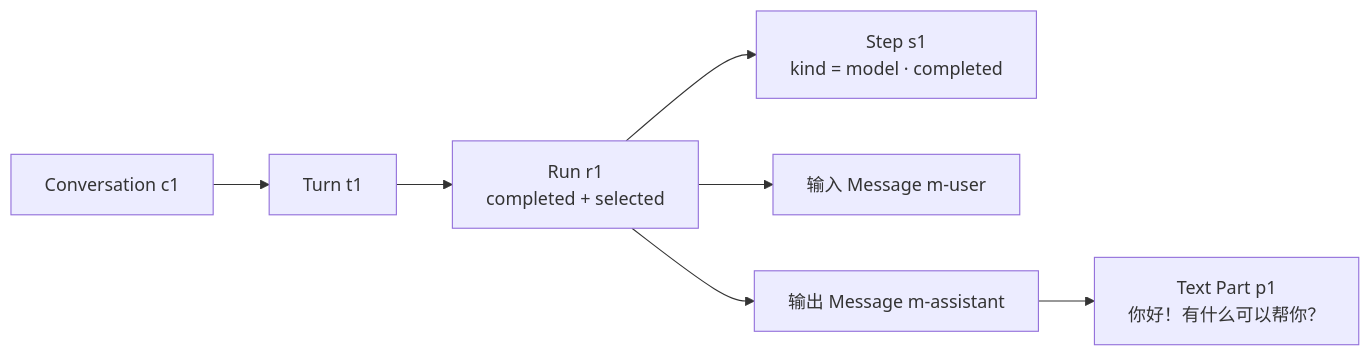
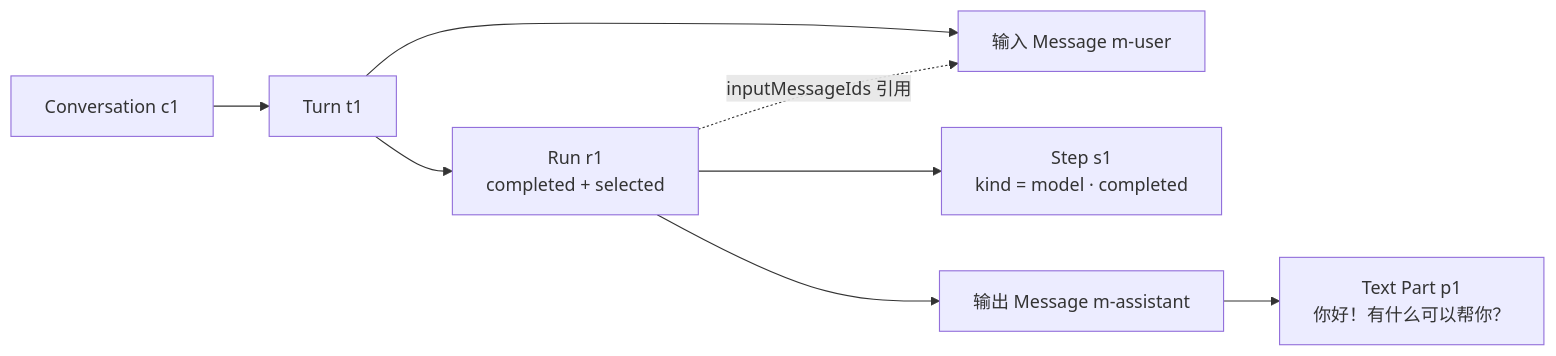
Before and after one commit to gene9831/tiny-robot: the second of 2 diagrams in docs-next/src/examples/completed-text-run.md, drawn with Mermaid. The commit also changed other lines of this file and 8 other files, not shown here.

````diff
--- a/docs-next/src/examples/completed-text-run.md
+++ b/docs-next/src/examples/completed-text-run.md
@@ -38,9 +40,10 @@
 ```mermaid
 flowchart LR
   C["Conversation c1"] --> T["Turn t1"]
+  T --> U["输入 Message m-user"]
   T --> R["Run r1<br/>completed + selected"]
+  R -.->|"inputMessageIds 引用"| U
   R --> S["Step s1<br/>kind = model · completed"]
-  R --> U["输入 Message m-user"]
   R --> A["输出 Message m-assistant"]
   A --> P["Text Part p1<br/>你好！有什么可以帮你？"]
 ```
````
